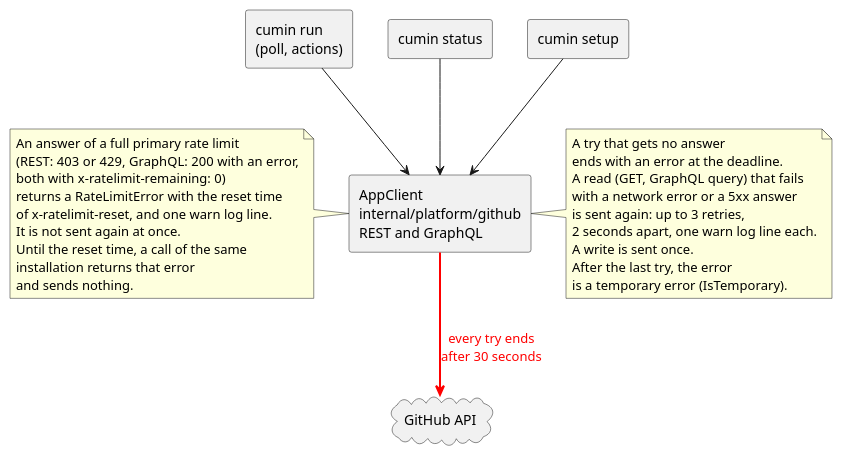
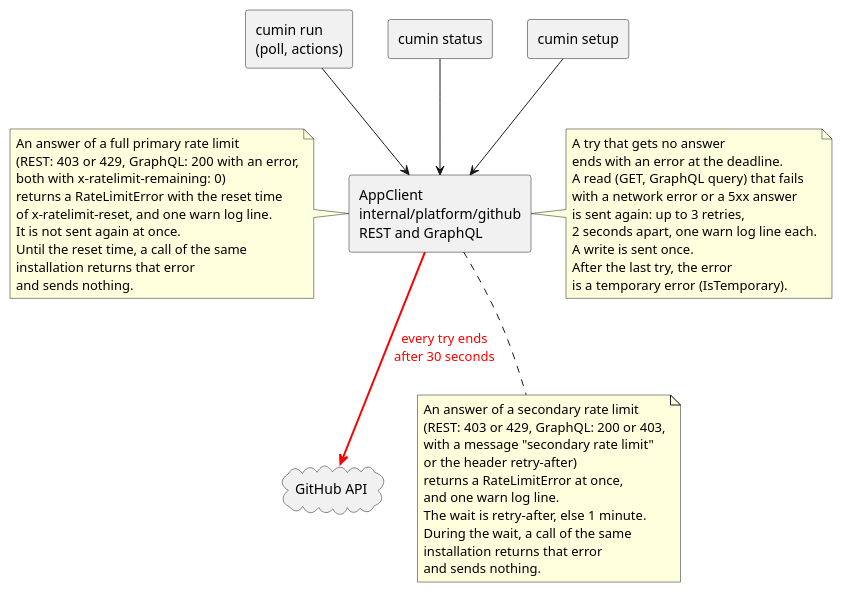
Before and after one commit to cloveclovedev/cumin-works: the diagram in docs/ja/designs/github-call-deadline.puml, drawn with PlantUML. The commit also changed 9 other files, not shown here.

First line of the commit message:
feat(github): send no call during a secondary rate limit (#471)

```diff
--- a/docs/ja/designs/github-call-deadline.puml
+++ b/docs/ja/designs/github-call-deadline.puml
@@ -1,44 +1,58 @@
 @startuml github-call-deadline
 ' cumin works - every call of the GitHub client ends after a deadline,
 ' a read that fails for a reason that passes is sent again, and no call
-' leaves before the reset time of a full primary rate limit.
+' leaves before the reset time of a full primary rate limit or during the
+' wait of a secondary rate limit.
 ' Document: cumin-core.md, topic on the GitHub client.
 ' Render: run scripts/render-diagrams.sh at the root of the repository.
 skinparam shadowing false
 skinparam defaultFontName sans-serif
 
 rectangle "cumin run\n(poll, actions)" as run
 rectangle "cumin status" as status
 rectangle "cumin setup" as setup
 rectangle "AppClient\ninternal/platform/github\nREST and GraphQL" as client
 cloud "GitHub API" as api
 
 run --> client
 status --> client
 setup --> client
 client -[#red,bold]-> api : <color:red>every try ends\n<color:red>after 30 seconds</color>
 
 note right of client
   A try that gets no answer
   ends with an error at the deadline.
   A read (GET, GraphQL query) that fails
   with a network error or a 5xx answer
   is sent again: up to 3 retries,
   2 seconds apart, one warn log line each.
   A write is sent once.
   After the last try, the error
   is a temporary error (IsTemporary).
 end note
 
 note left of client
   An answer of a full primary rate limit
   (REST: 403 or 429, GraphQL: 200 with an error,
   both with x-ratelimit-remaining: 0)
   returns a RateLimitError with the reset time
   of x-ratelimit-reset, and one warn log line.
   It is not sent again at once.
   Until the reset time, a call of the same
   installation returns that error
   and sends nothing.
 end note
+
+note bottom of client
+  An answer of a secondary rate limit
+  (REST: 403 or 429, GraphQL: 200 or 403,
+  with a message "secondary rate limit"
+  or the header retry-after)
+  returns a RateLimitError at once,
+  and one warn log line.
+  The wait is retry-after, else 1 minute.
+  During the wait, a call of the same
+  installation returns that error
+  and sends nothing.
+end note
 @enduml
```
